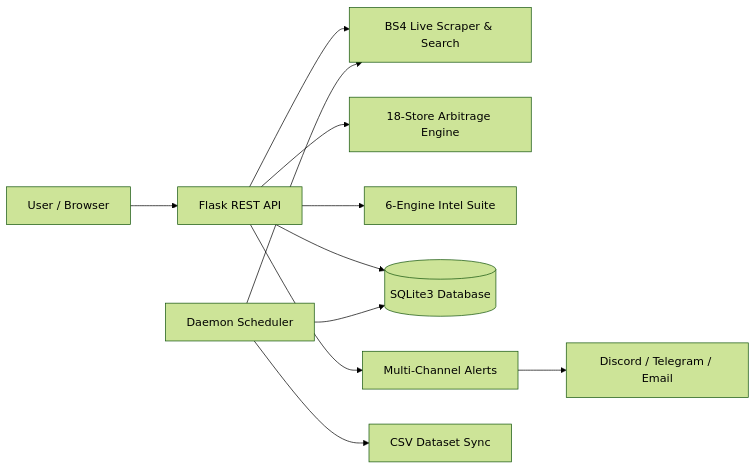
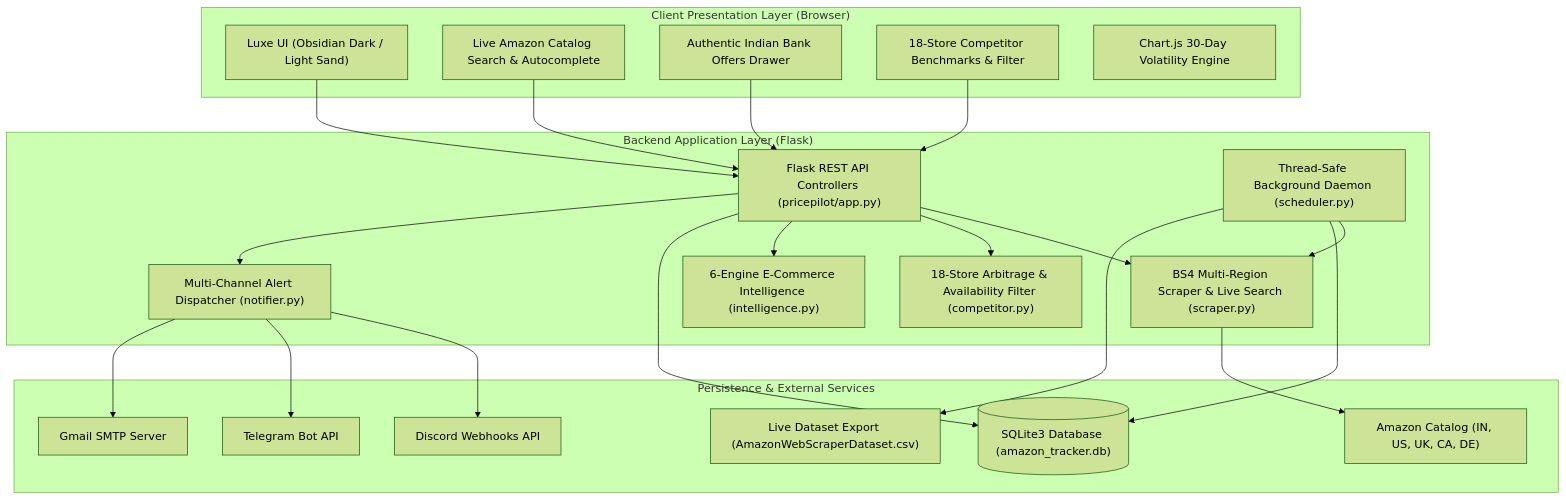
The first of 2 diagrams in README.md (Jai-S-Ramani/PricePilot), drawn with Mermaid (forest theme) before and after one commit. The commit also changed other lines of this file, not shown here.

Commit message:
docs: enrich README with comprehensive technical write-up, engine breakdowns, and visual walkthrough

````diff
--- a/README.md
+++ b/README.md
@@ -100,13 +217,48 @@
 ```mermaid
-flowchart LR
-    A["User / Browser"] --> B["Flask REST API"]
-    B --> C["BS4 Live Scraper & Search"]
-    B --> D["18-Store Arbitrage Engine"]
-    B --> E["6-Engine Intel Suite"]
-    B --> F[("SQLite3 Database")]
-    B --> G["Multi-Channel Alerts"]
-    G --> H["Discord / Telegram / Email"]
-    I["Daemon Scheduler"] --> C
-    I --> F
-    I --> J["CSV Dataset Sync"]
+flowchart TD
+    subgraph ClientLayer ["Client Presentation Layer (Browser)"]
+        UI["Luxe UI (Obsidian Dark / Light Sand)"]
+        SearchModal["Live Amazon Catalog Search & Autocomplete"]
+        BankDrawer["Authentic Indian Bank Offers Drawer"]
+        ArbitrageUI["18-Store Competitor Benchmarks & Filter"]
+        AnalyticsChart["Chart.js 30-Day Volatility Engine"]
+    end
+
+    subgraph ServerLayer ["Backend Application Layer (Flask)"]
+        AppRouter["Flask REST API Controllers (pricepilot/app.py)"]
+        ScraperEngine["BS4 Multi-Region Scraper & Live Search (scraper.py)"]
+        ArbitrageEngine["18-Store Arbitrage & Availability Filter (competitor.py)"]
+        IntelSuite["6-Engine E-Commerce Intelligence (intelligence.py)"]
+        SchedulerDaemon["Thread-Safe Background Daemon (scheduler.py)"]
+        Notifier["Multi-Channel Alert Dispatcher (notifier.py)"]
+    end
+
+    subgraph DataLayer ["Persistence & External Services"]
+        SQLiteDB[("SQLite3 Database (amazon_tracker.db)")]
+        CSVExport["Live Dataset Export (AmazonWebScraperDataset.csv)"]
+        AmazonCatalog["Amazon Catalog (IN, US, UK, CA, DE)"]
+        DiscordBot["Discord Webhooks API"]
+        TelegramBot["Telegram Bot API"]
+        SMTPServer["Gmail SMTP Server"]
+    end
+
+    UI --> AppRouter
+    SearchModal --> AppRouter
+    BankDrawer --> AppRouter
+    ArbitrageUI --> AppRouter
+
+    AppRouter --> ScraperEngine
+    AppRouter --> ArbitrageEngine
+    AppRouter --> IntelSuite
+    AppRouter --> SQLiteDB
+    AppRouter --> Notifier
+
+    SchedulerDaemon --> ScraperEngine
+    SchedulerDaemon --> SQLiteDB
+    SchedulerDaemon --> CSVExport
+
+    ScraperEngine --> AmazonCatalog
+    Notifier --> DiscordBot
+    Notifier --> TelegramBot
+    Notifier --> SMTPServer
 ```
````
